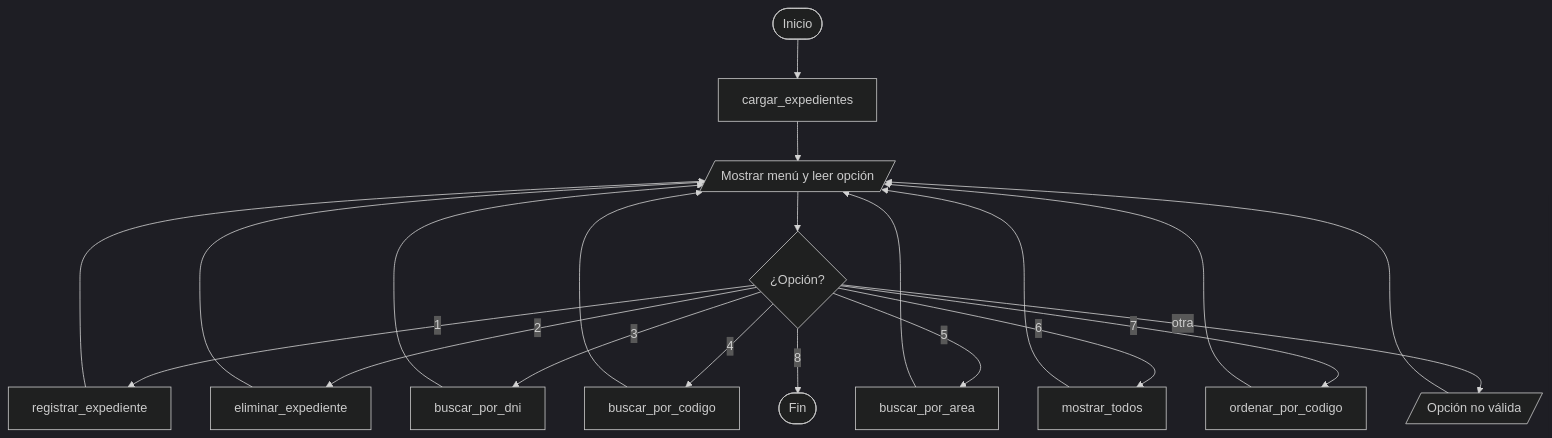
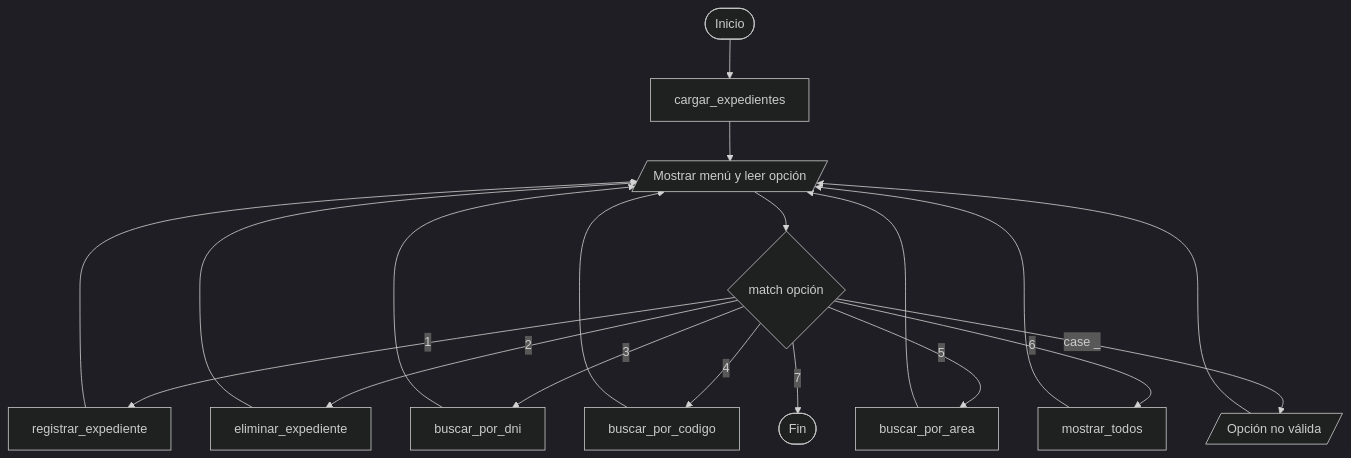
The diagram in README.md (amiir3k/mesa-partes-digital), drawn with Mermaid (dark theme) before and after one commit. The commit also changed other lines of this file and 7 other files, not shown here.

First line of the commit message:
Actualizar README y diagramas para la versión final (match/case y JSON)

````diff
--- a/README.md
+++ b/README.md
@@ -127,16 +134,15 @@
 ```mermaid
 flowchart TD
     A([Inicio]) --> B[cargar_expedientes]
     B --> C[/Mostrar menú y leer opción/]
-    C --> D{¿Opción?}
+    C --> D{match opción}
     D -- 1 --> E[registrar_expediente]
     D -- 2 --> F[eliminar_expediente]
     D -- 3 --> G[buscar_por_dni]
     D -- 4 --> H[buscar_por_codigo]
     D -- 5 --> I[buscar_por_area]
     D -- 6 --> J[mostrar_todos]
-    D -- 7 --> K[ordenar_por_codigo]
-    D -- otra --> L[/Opción no válida/]
-    D -- 8 --> Z([Fin])
-    E & F & G & H & I & J & K & L --> C
+    D -- case _ --> L[/Opción no válida/]
+    D -- 7 --> Z([Fin])
+    E & F & G & H & I & J & L --> C
 ```
````
